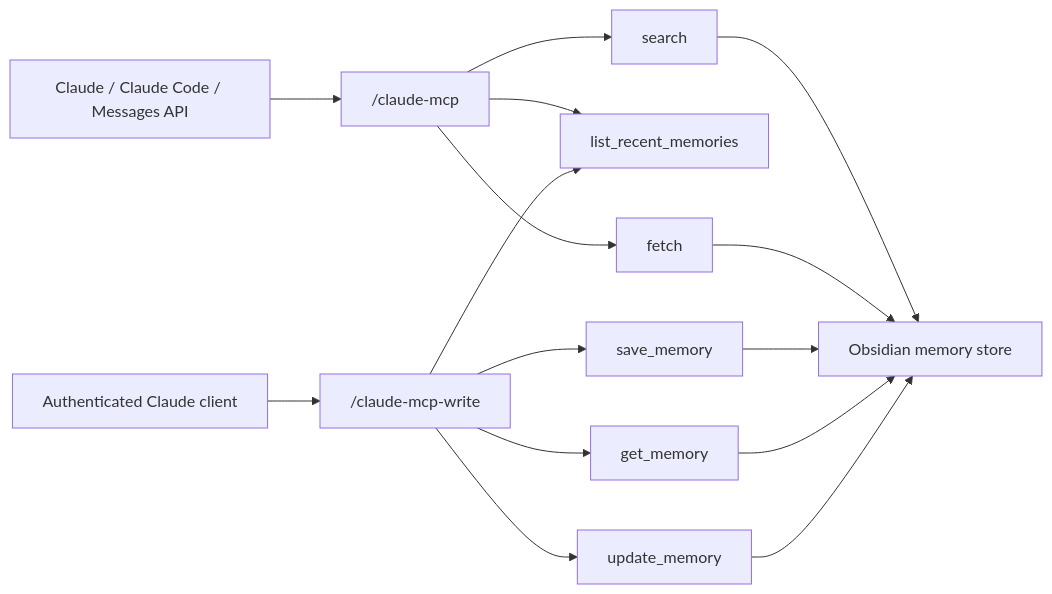
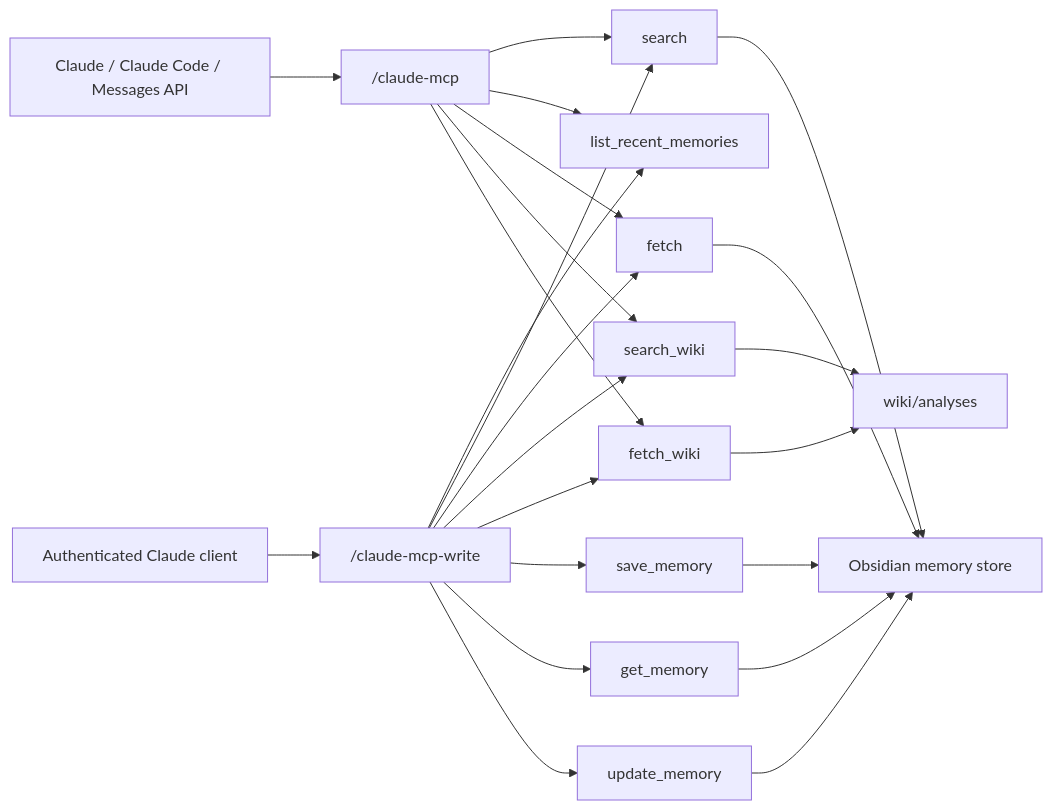
Before and after one commit to macho715/mcp_obsi: the diagram in docs/CLAUDE_MCP.md, drawn with Mermaid. The commit also changed other lines of this file and 27 other files, not shown here.

Commit message:
feat: add dual-corpus wiki search surfaces

````diff
--- a/docs/CLAUDE_MCP.md
+++ b/docs/CLAUDE_MCP.md
@@ -3,17 +3,25 @@
 ```mermaid
 flowchart LR
     Claude["Claude / Claude Code / Messages API"] --> Read["/claude-mcp"]
     ClaudeAuth["Authenticated Claude client"] --> Write["/claude-mcp-write"]
     Read --> Search["search"]
     Read --> Recent["list_recent_memories"]
     Read --> Fetch["fetch"]
+    Read --> SearchWiki["search_wiki"]
+    Read --> FetchWiki["fetch_wiki"]
     Write --> Recent
+    Write --> Search
+    Write --> Fetch
+    Write --> SearchWiki
+    Write --> FetchWiki
     Write --> Save["save_memory"]
     Write --> Get["get_memory"]
     Write --> Update["update_memory"]
     Search --> Vault["Obsidian memory store"]
     Fetch --> Vault
+    SearchWiki --> Wiki["wiki/analyses"]
+    FetchWiki --> Wiki
     Save --> Vault
     Get --> Vault
     Update --> Vault
 ```
````
